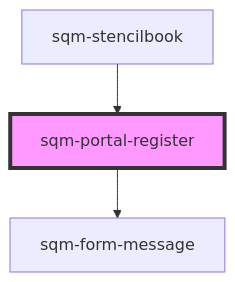
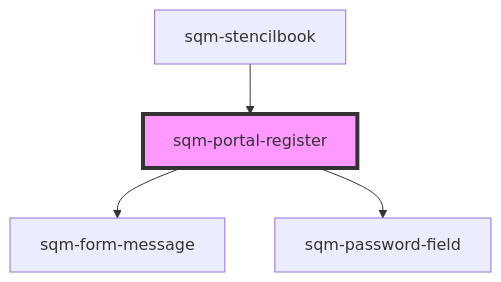
The diagram in packages/mint-components/src/components/sqm-portal-register/readme.md (saasquatch/program-tools), drawn with Mermaid before and after one commit. The commit also changed other lines of this file and 18 other files, not shown here.

````diff
--- a/packages/mint-components/src/components/sqm-portal-register/readme.md
+++ b/packages/mint-components/src/components/sqm-portal-register/readme.md
@@ -34,6 +36,7 @@
 ```mermaid
 graph TD;
   sqm-portal-register --> sqm-form-message
+  sqm-portal-register --> sqm-password-field
   sqm-stencilbook --> sqm-portal-register
   style sqm-portal-register fill:#f9f,stroke:#333,stroke-width:4px
 ```
````
